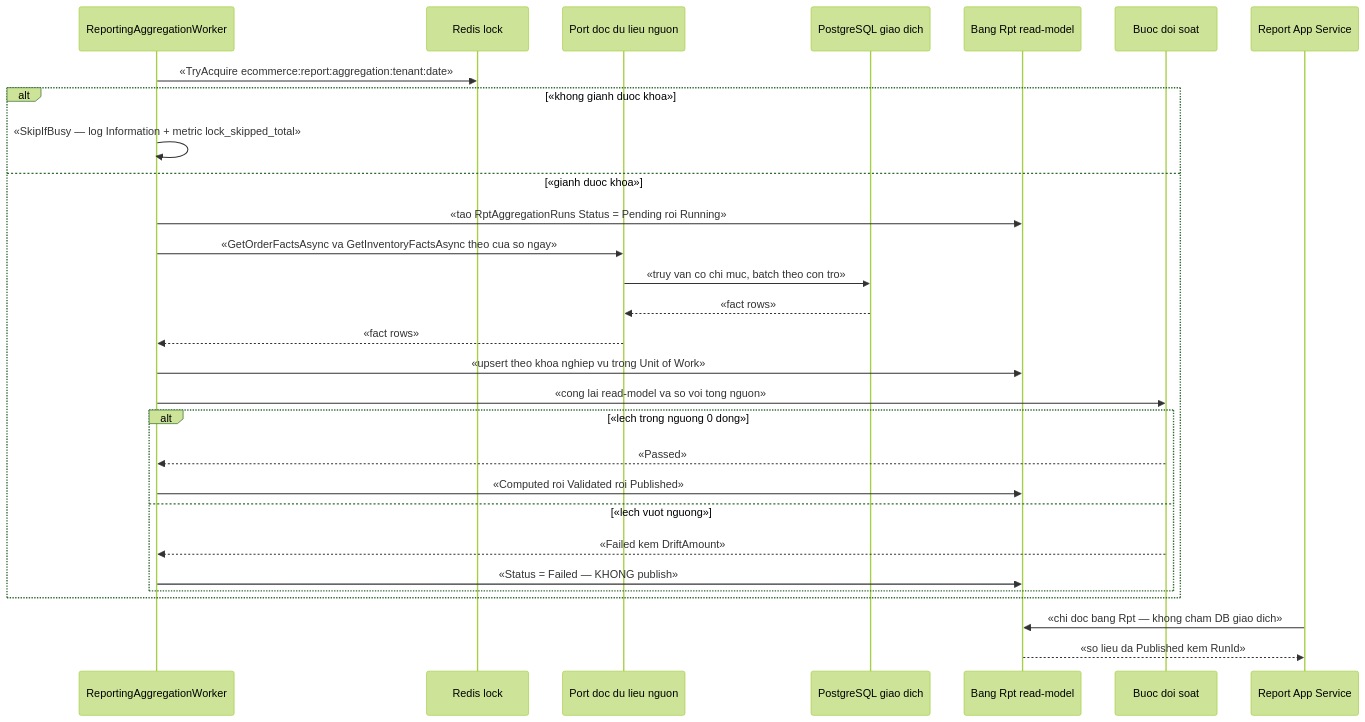
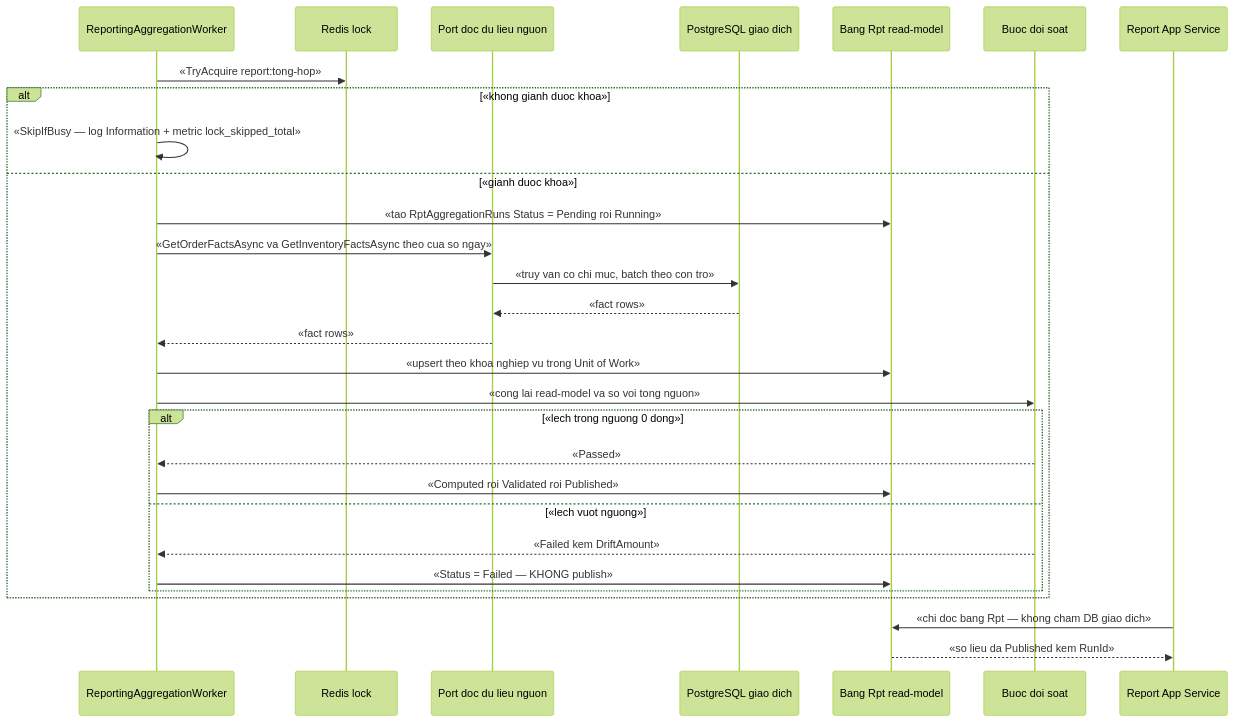
Before and after one commit to hungnt9801/eCommerce: the third of 3 diagrams in docs/features/reporting/rep-003-bao-cao-ton-kho-hieu-suat-kenh.md, drawn with Mermaid (forest theme). The commit also changed other lines of this file and 6 other files, not shown here.

````diff
--- a/docs/features/reporting/rep-003-bao-cao-ton-kho-hieu-suat-kenh.md
+++ b/docs/features/reporting/rep-003-bao-cao-ton-kho-hieu-suat-kenh.md
@@ -178,32 +178,32 @@
 ```mermaid
 sequenceDiagram
     participant W as ReportingAggregationWorker
     participant L as Redis lock
     participant P as Port doc du lieu nguon
     participant SDB as PostgreSQL giao dich
     participant RM as Bang Rpt read-model
     participant RC as Buoc doi soat
     participant API as Report App Service
 
-    W->>L: «TryAcquire ecommerce:report:aggregation:tenant:date»
+    W->>L: «TryAcquire report:tong-hop»
     alt «khong gianh duoc khoa»
         W->>W: «SkipIfBusy — log Information + metric lock_skipped_total»
     else «gianh duoc khoa»
         W->>RM: «tao RptAggregationRuns Status = Pending roi Running»
         W->>P: «GetOrderFactsAsync va GetInventoryFactsAsync theo cua so ngay»
         P->>SDB: «truy van co chi muc, batch theo con tro»
         SDB-->>P: «fact rows»
         P-->>W: «fact rows»
         W->>RM: «upsert theo khoa nghiep vu trong Unit of Work»
         W->>RC: «cong lai read-model va so voi tong nguon»
         alt «lech trong nguong 0 dong»
             RC-->>W: «Passed»
             W->>RM: «Computed roi Validated roi Published»
         else «lech vuot nguong»
             RC-->>W: «Failed kem DriftAmount»
             W->>RM: «Status = Failed — KHONG publish»
         end
     end
     API->>RM: «chi doc bang Rpt — khong cham DB giao dich»
     RM-->>API: «so lieu da Published kem RunId»
 ```
````
